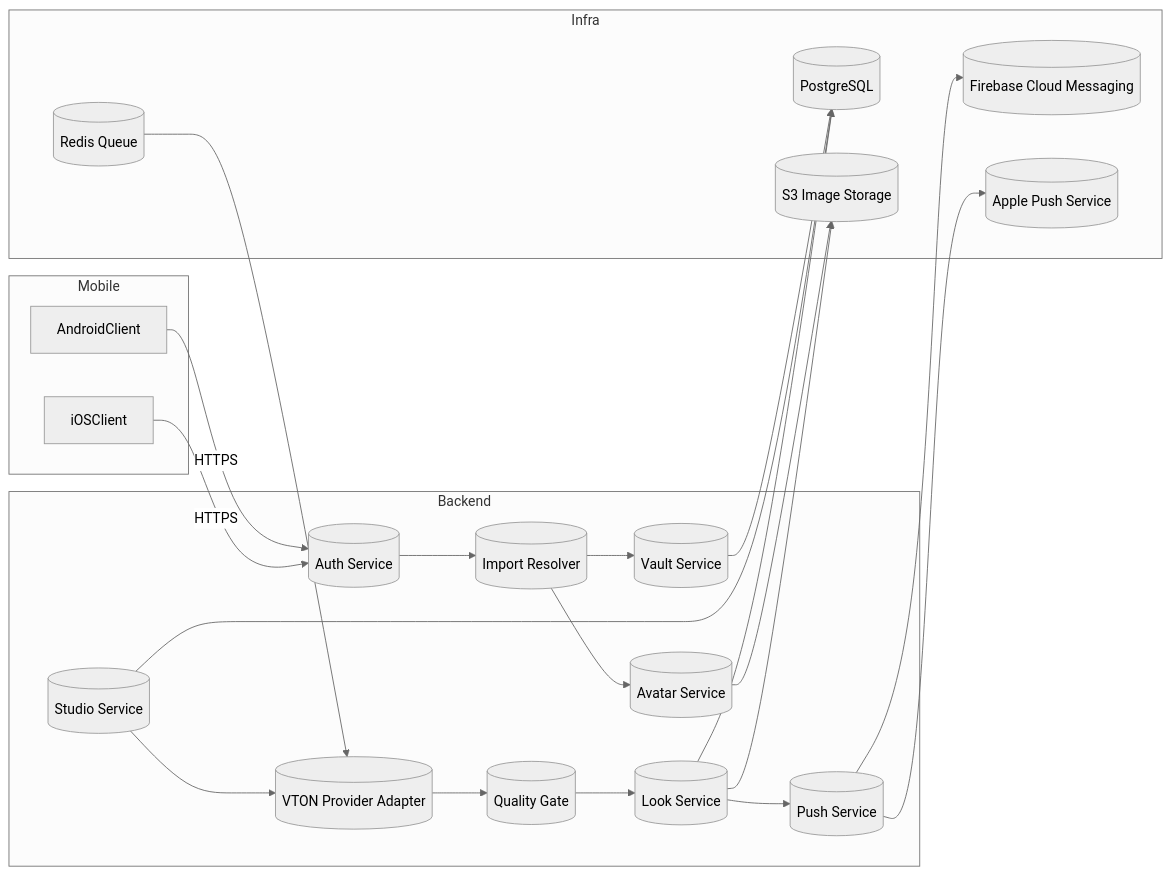
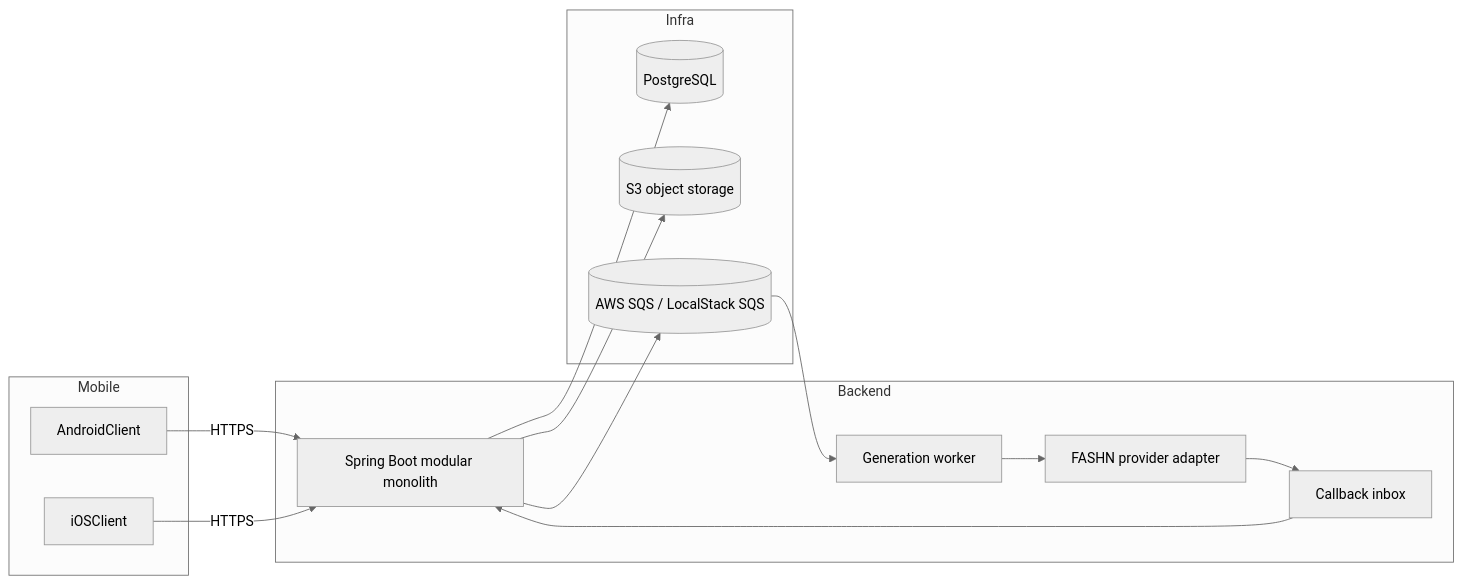
Before and after one commit to abhiram264/VTON: the third of 4 diagrams in docs/VTON-PRD.md, drawn with Mermaid (neutral theme). The commit also changed other lines of this file and 195 other files, not shown here.

````diff
--- a/docs/VTON-PRD.md
+++ b/docs/VTON-PRD.md
@@ -358,43 +292,28 @@
 ```mermaid
 flowchart LR
     subgraph Mobile
       AndroidClient
       iOSClient
     end
     subgraph Backend
-      Auth[(Auth Service)]
-      Import[(Import Resolver)]
-      VaultSvc[(Vault Service)]
-      AvatarSvc[(Avatar Service)]
-      StudioSvc[(Studio Service)]
-      VTONAdaptor[(VTON Provider Adapter)]
-      Quality[(Quality Gate)]
-      LookSvc[(Look Service)]
-      Notification[(Push Service)]
+      API[Spring Boot modular monolith]
+      Generation[Generation worker]
+      Provider[FASHN provider adapter]
+      Callback[Callback inbox]
     end
     subgraph Infra
-      Postgres[(PostgreSQL)] 
-      Redis[(Redis Queue)]
-      S3[(S3 Image Storage)]
-      FCM[(Firebase Cloud Messaging)]
-      APNs[(Apple Push Service)]
+      Postgres[(PostgreSQL)]
+      S3[(S3 object storage)]
+      SQS[(AWS SQS / LocalStack SQS)]
     end
 
-    AndroidClient -->|HTTPS| Auth
-    iOSClient -->|HTTPS| Auth
-    Auth --> Import
-    Import --> VaultSvc
-    Import --> AvatarSvc
-    AvatarSvc --> S3
-    VaultSvc --> Postgres
-    StudioSvc --> Postgres
-    StudioSvc --> VTONAdaptor
-    VTONAdaptor --> Quality
-    Quality --> LookSvc
-    LookSvc --> Postgres
-    LookSvc --> S3
-    LookSvc --> Notification
-    Notification --> FCM
-    Notification --> APNs
-    Redis --> VTONAdaptor
+    AndroidClient -->|HTTPS| API
+    iOSClient -->|HTTPS| API
+    API --> Postgres
+    API --> S3
+    API --> SQS
+    SQS --> Generation
+    Generation --> Provider
+    Provider --> Callback
+    Callback --> API
 ```
````
